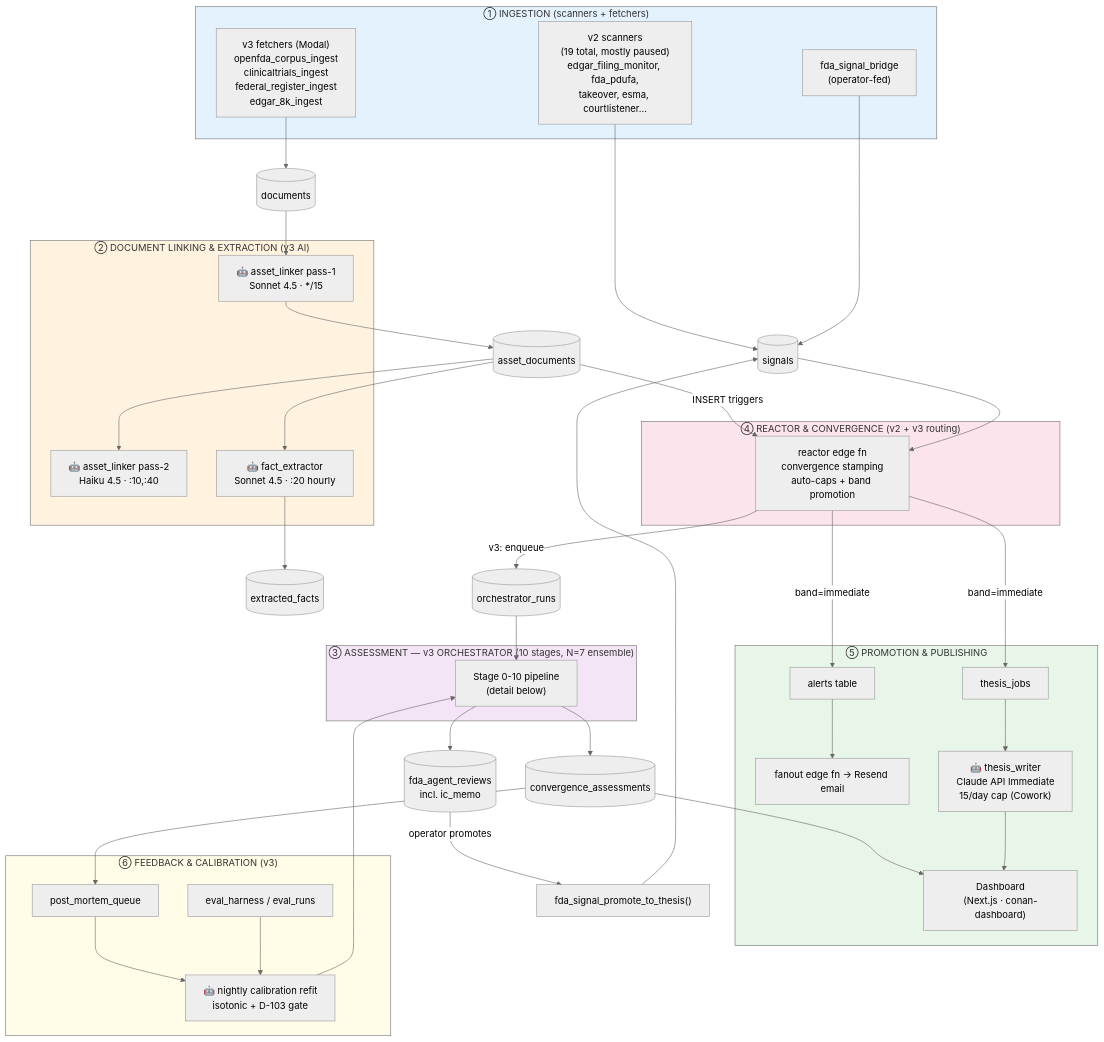
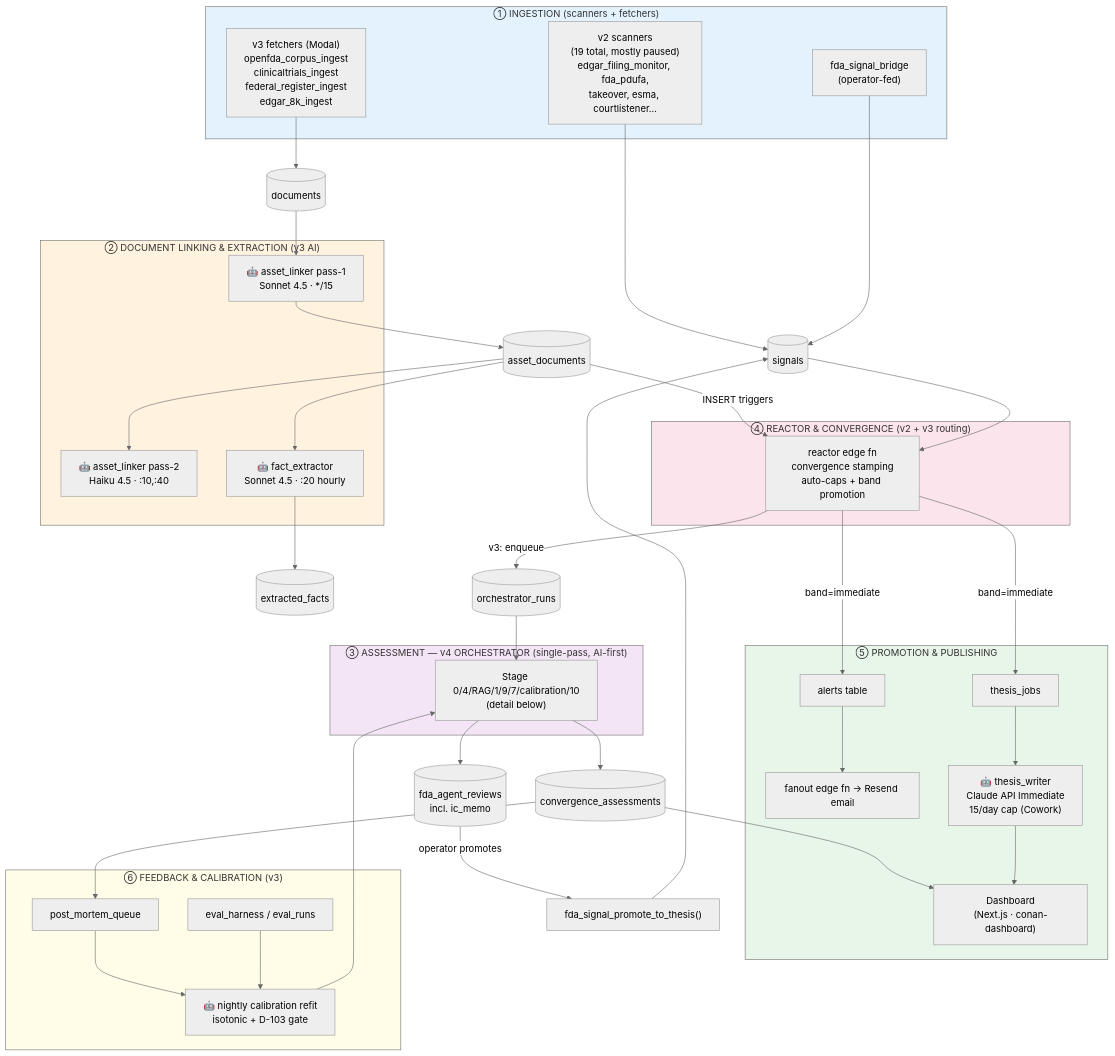
Before and after one commit to marazuela/conan: the first of 6 diagrams in data_flow_diagram.md, drawn with Mermaid (neutral theme). The commit also changed other lines of this file and 5 other files, not shown here.

````diff
--- a/data_flow_diagram.md
+++ b/data_flow_diagram.md
@@ -9,67 +13,67 @@
 ```mermaid
 flowchart TB
     subgraph L1["① INGESTION (scanners + fetchers)"]
         S_v2["v2 scanners<br/>(19 total, mostly paused)<br/>edgar_filing_monitor, fda_pdufa,<br/>takeover, esma, courtlistener…"]
         S_v3["v3 fetchers (Modal)<br/>openfda_corpus_ingest<br/>clinicaltrials_ingest<br/>federal_register_ingest<br/>edgar_8k_ingest"]
         S_fda["fda_signal_bridge<br/>(operator-fed)"]
     end
 
     subgraph L2["② DOCUMENT LINKING & EXTRACTION (v3 AI)"]
         AL1["🤖 asset_linker pass-1<br/>Sonnet 4.5 · */15"]
         AL2["🤖 asset_linker pass-2<br/>Haiku 4.5 · :10,:40"]
         FX["🤖 fact_extractor<br/>Sonnet 4.5 · :20 hourly"]
     end
 
-    subgraph L3["③ ASSESSMENT — v3 ORCHESTRATOR (10 stages, N=7 ensemble)"]
-        ORCH["Stage 0-10 pipeline<br/>(detail below)"]
+    subgraph L3["③ ASSESSMENT — v4 ORCHESTRATOR (single-pass, AI-first)"]
+        ORCH["Stage 0/4/RAG/1/9/7/calibration/10<br/>(detail below)"]
     end
 
     subgraph L4["④ REACTOR & CONVERGENCE (v2 + v3 routing)"]
         REACT["reactor edge fn<br/>convergence stamping<br/>auto-caps + band promotion"]
     end
 
     subgraph L5["⑤ PROMOTION & PUBLISHING"]
         ALERTS["alerts table"]
         TJ["thesis_jobs"]
         FAN["fanout edge fn → Resend email"]
         TW["🤖 thesis_writer<br/>Claude API Immediate<br/>15/day cap (Cowork)"]
         DASH["Dashboard<br/>(Next.js · conan-dashboard)"]
     end
 
     subgraph L6["⑥ FEEDBACK & CALIBRATION (v3)"]
         PM["post_mortem_queue"]
         CAL["🤖 nightly calibration refit<br/>isotonic + D-103 gate"]
         EVAL["eval_harness / eval_runs"]
     end
 
     %% Data flow
     S_v2 --> SIGS[(signals)]
     S_v3 --> DOCS[(documents)]
     S_fda --> SIGS
     DOCS --> AL1 --> ADOCS[(asset_documents)]
     ADOCS --> AL2
     ADOCS --> FX --> EF[(extracted_facts)]
     ADOCS -- "INSERT triggers" --> REACT
     REACT -- "v3: enqueue" --> OR[(orchestrator_runs)]
     OR --> ORCH
     ORCH --> CA[(convergence_assessments)]
     ORCH --> FAR[(fda_agent_reviews<br/>incl. ic_memo)]
     CA --> DASH
     FAR -- "operator promotes" --> RPC["fda_signal_promote_to_thesis()"]
     RPC --> SIGS
     SIGS --> REACT
     REACT -- "band=immediate" --> ALERTS
     REACT -- "band=immediate" --> TJ
     ALERTS --> FAN
     TJ --> TW --> DASH
     CA --> PM
     PM --> CAL --> ORCH
     EVAL --> CAL
 
     style L1 fill:#e3f2fd
     style L2 fill:#fff3e0
     style L3 fill:#f3e5f5
     style L4 fill:#fce4ec
     style L5 fill:#e8f5e9
     style L6 fill:#fffde7
 ```
````
